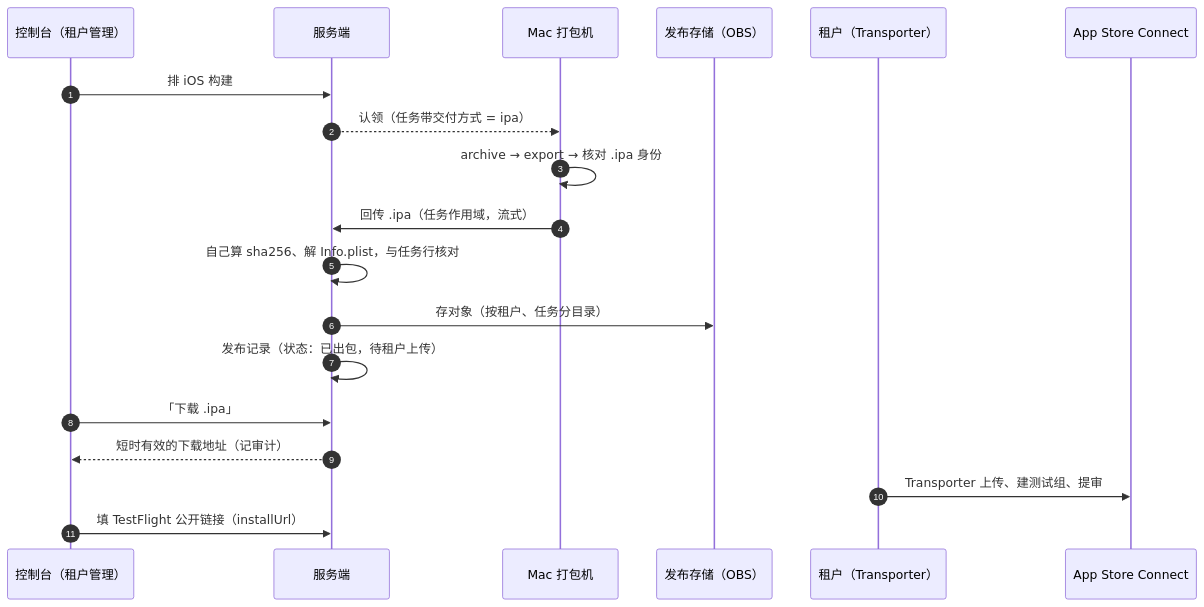
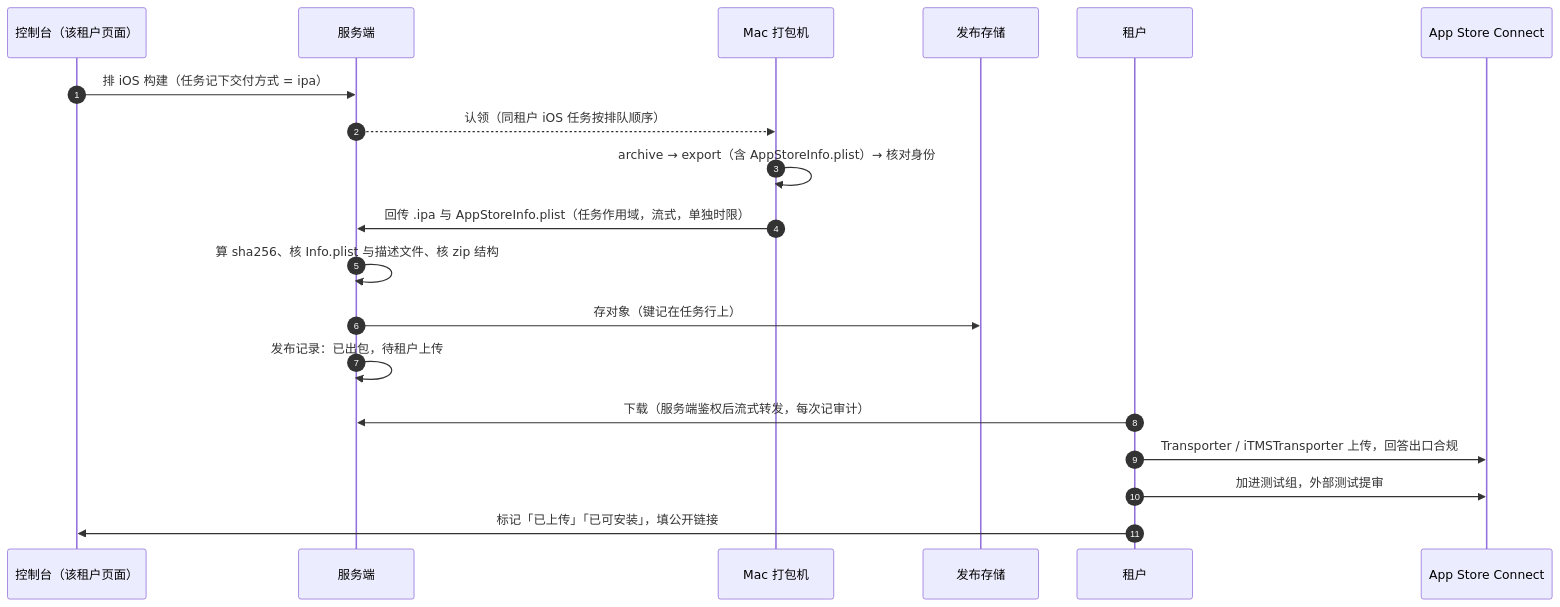
The diagram in docs/design/ios-tenant-delivery-tiers-2026-09-24.md (Helix2010/RN-Server), drawn with Mermaid before and after one commit. The commit also changed other lines of this file and 1 other file, not shown here.

````diff
--- a/docs/design/ios-tenant-delivery-tiers-2026-09-24.md
+++ b/docs/design/ios-tenant-delivery-tiers-2026-09-24.md
@@ -56,22 +81,22 @@
 ```mermaid
 sequenceDiagram
   autonumber
-  participant C as 控制台（租户管理）
+  participant C as 控制台（该租户页面）
   participant S as 服务端
   participant M as Mac 打包机
-  participant O as 发布存储（OBS）
-  participant T as 租户（Transporter）
+  participant O as 发布存储
+  participant T as 租户
   participant A as App Store Connect
 
-  C->>S: 排 iOS 构建
-  S-->>M: 认领（任务带交付方式 = ipa）
-  M->>M: archive → export → 核对 .ipa 身份
-  M->>S: 回传 .ipa（任务作用域，流式）
-  S->>S: 自己算 sha256、解 Info.plist，与任务行核对
-  S->>O: 存对象（按租户、任务分目录）
-  S->>S: 发布记录（状态：已出包，待租户上传）
-  C->>S: 「下载 .ipa」
-  S-->>C: 短时有效的下载地址（记审计）
-  T->>A: Transporter 上传、建测试组、提审
-  C->>S: 填 TestFlight 公开链接（installUrl）
+  C->>S: 排 iOS 构建（任务记下交付方式 = ipa）
+  S-->>M: 认领（同租户 iOS 任务按排队顺序）
+  M->>M: archive → export（含 AppStoreInfo.plist）→ 核对身份
+  M->>S: 回传 .ipa 与 AppStoreInfo.plist（任务作用域，流式，单独时限）
+  S->>S: 算 sha256、核 Info.plist 与描述文件、核 zip 结构
+  S->>O: 存对象（键记在任务行上）
+  S->>S: 发布记录：已出包，待租户上传
+  T->>S: 下载（服务端鉴权后流式转发，每次记审计）
+  T->>A: Transporter / iTMSTransporter 上传，回答出口合规
+  T->>A: 加进测试组，外部测试提审
+  T->>C: 标记「已上传」「已可安装」，填公开链接
 ```
````
